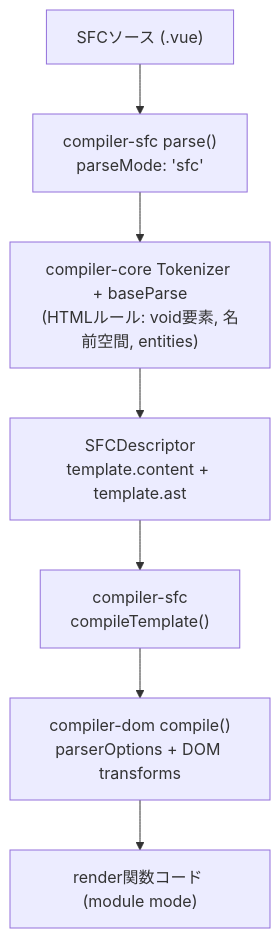
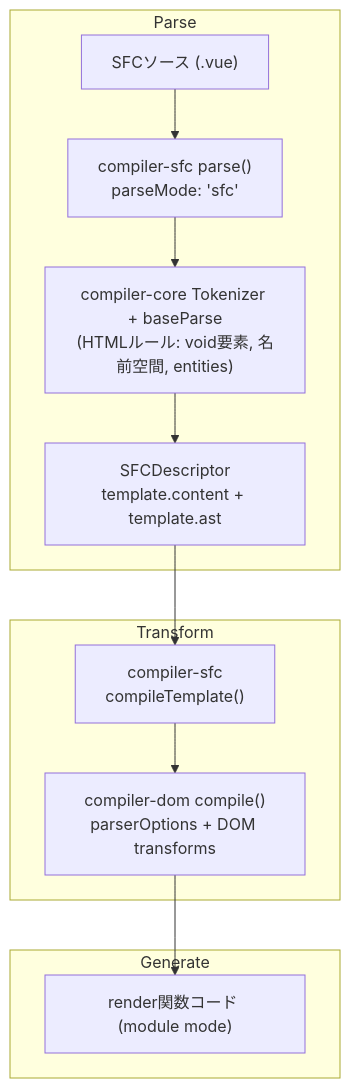
Before and after one commit to yamanoku/yamanoku.github.io: the diagram in records/presentations/vuefes-japan-2026/slidev/slides.md, drawn with Mermaid. The commit also changed other lines of this file and 2 other files, not shown here.

Commit message:
wip: コンパイル図をParse/Transform/Generateに分け、Markuplintルール例を追加

````diff
--- a/records/presentations/vuefes-japan-2026/slidev/slides.md
+++ b/records/presentations/vuefes-japan-2026/slidev/slides.md
@@ -383,9 +383,17 @@
 ```mermaid
 flowchart TD
-  A["SFCソース (.vue)"] --> B["compiler-sfc parse()<br/>parseMode: 'sfc'"]
-  B --> C["compiler-core Tokenizer + baseParse<br/>(HTMLルール: void要素, 名前空間, entities)"]
-  C --> D["SFCDescriptor<br/>template.content + template.ast"]
-  D --> E["compiler-sfc<br/>compileTemplate()"]
-  E --> F["compiler-dom compile()<br/>parserOptions + DOM transforms"]
-  F --> G["render関数コード (module mode)"]
+  subgraph Parse
+    A["SFCソース (.vue)"] --> B["compiler-sfc parse()<br/>parseMode: 'sfc'"]
+    B --> C["compiler-core Tokenizer + baseParse<br/>(HTMLルール: void要素, 名前空間, entities)"]
+    C --> D["SFCDescriptor<br/>template.content + template.ast"]
+  end
+  subgraph Transform
+    E["compiler-sfc<br/>compileTemplate()"]
+    E --> F["compiler-dom compile()<br/>parserOptions + DOM transforms"]
+  end
+  subgraph Generate
+    G["render関数コード (module mode)"]
+  end
+  D --> E
+  F --> G
 ```
````
